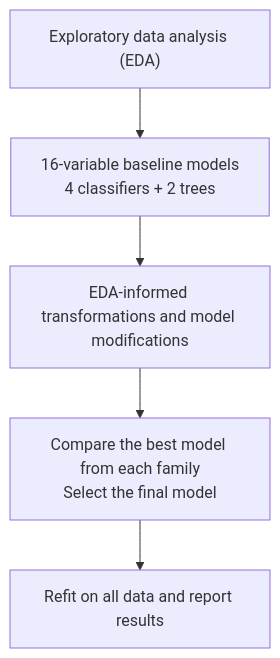
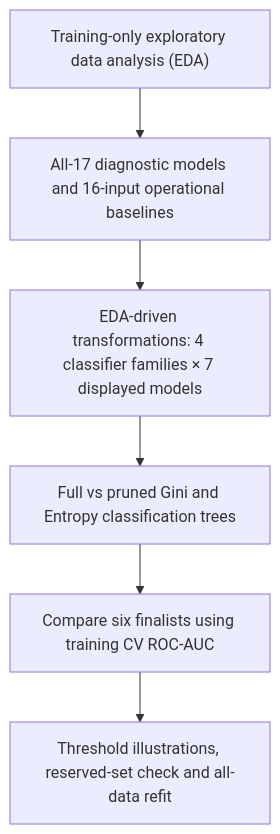
The diagram in README.md (chloeng1904-svg/Statistical-Learning), drawn with Mermaid before and after one commit. The commit also changed other lines of this file and 2 other files, not shown here.

First line of the commit message:
analysis: publish cleaned 28-model DSA211 notebook

````diff
--- a/README.md
+++ b/README.md
@@ -7,9 +7,10 @@
 ```mermaid
 flowchart TD
-    A["Exploratory data analysis (EDA)"]
-    B["16-variable baseline models<br/>4 classifiers + 2 trees"]
-    C["EDA-informed transformations and model modifications"]
-    D["Compare the best model from each family<br/>Select the final model"]
-    E["Refit on all data and report results"]
-    A --> B --> C --> D --> E
+    A["Training-only exploratory data analysis (EDA)"]
+    B["All-17 diagnostic models and 16-input operational baselines"]
+    C["EDA-driven transformations: 4 classifier families × 7 displayed models"]
+    D["Full vs pruned Gini and Entropy classification trees"]
+    E["Compare six finalists using training CV ROC-AUC"]
+    F["Threshold illustrations, reserved-set check and all-data refit"]
+    A --> B --> C --> D --> E --> F
 ```
````
